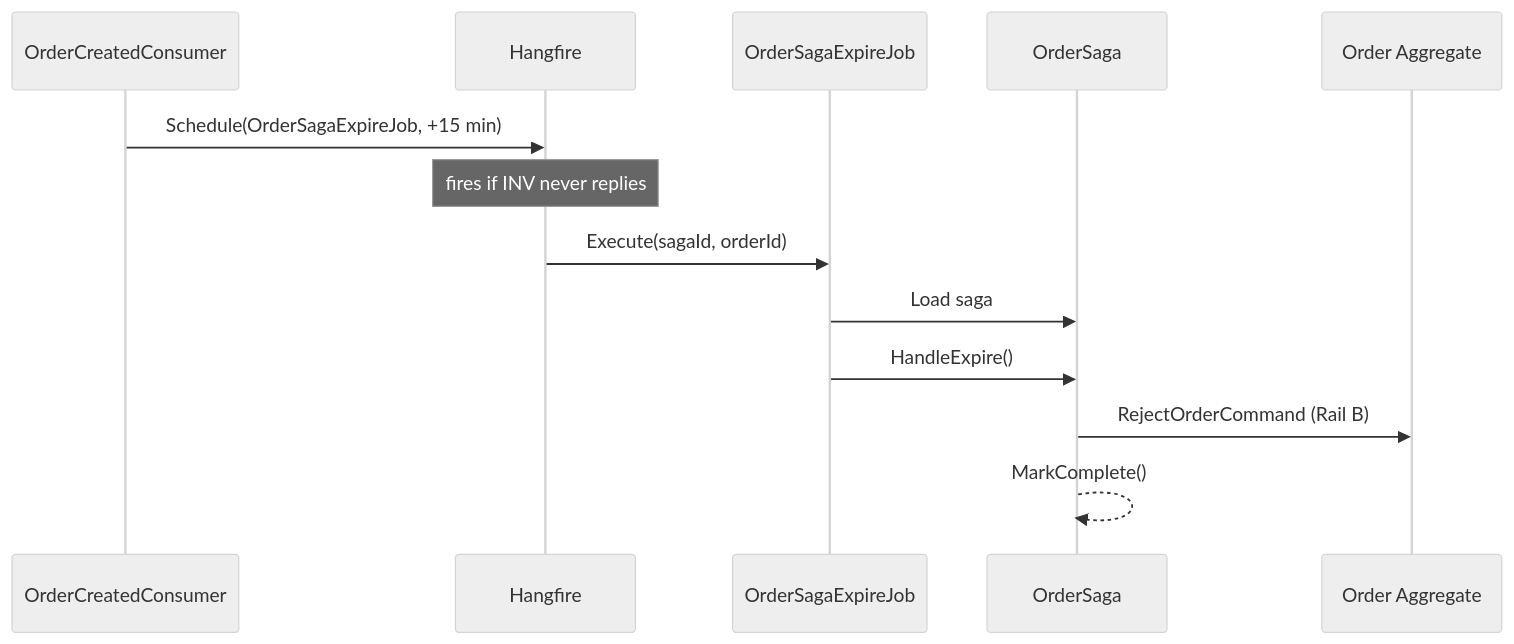
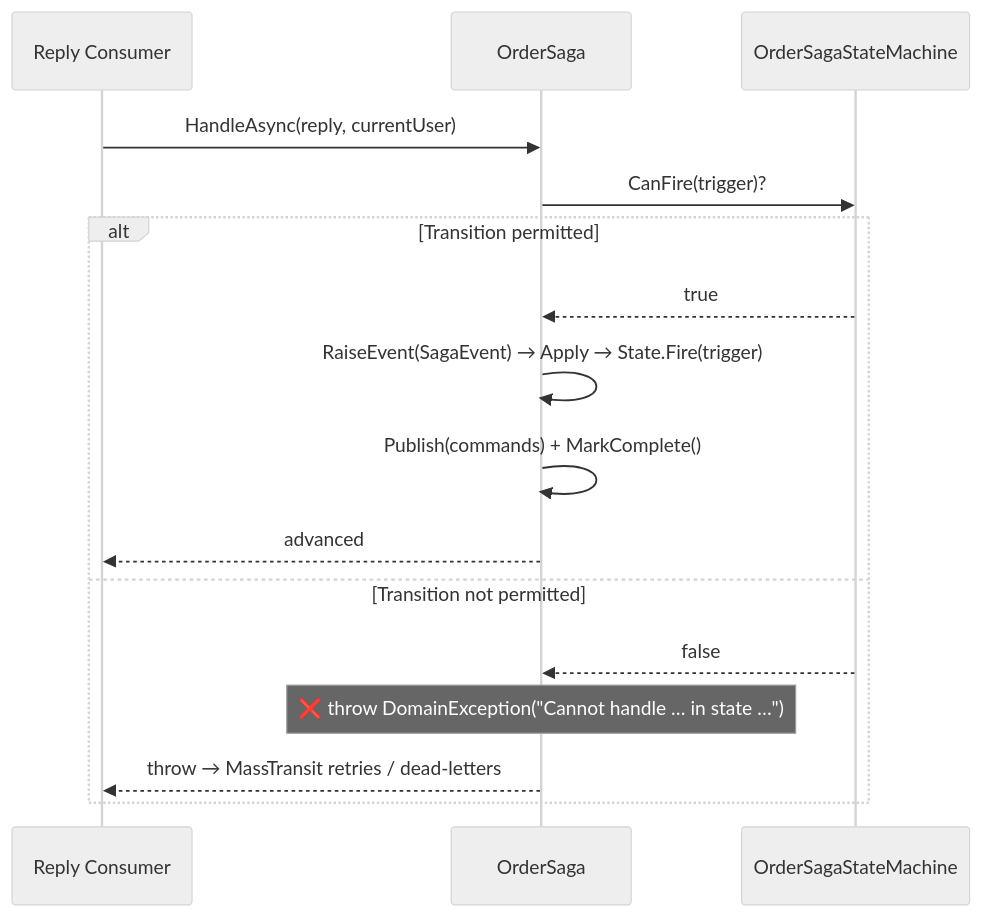
One commit to mnnam1302/EShop changed diagram 11 of 17 in Order/src/EShop.Order.API/README.md. Above: the diagram before and after it, drawn with Mermaid (neutral theme). The commit also changed other lines of this file and 105 other files, not shown here.

First line of the commit message:
[EShop-2606] Introduce Finance service + Place-Order saga payment step (#71)

````diff
--- a/Order/src/EShop.Order.API/README.md
+++ b/Order/src/EShop.Order.API/README.md
@@ -255,16 +355,20 @@
 ```mermaid
 sequenceDiagram
-    participant OCC as OrderCreatedConsumer
-    participant HF  as Hangfire
-    participant JOB as OrderSagaExpireJob
-    participant PM  as OrderSaga
-    participant OA  as Order Aggregate
+    participant Consumer as Reply Consumer
+    participant Saga as OrderSaga
+    participant SM as OrderSagaStateMachine
 
-    OCC->>HF: Schedule(OrderSagaExpireJob, +15 min)
-    Note over HF: fires if INV never replies
-    HF->>JOB: Execute(sagaId, orderId)
-    JOB->>PM: Load saga
-    JOB->>PM: HandleExpire()
-    PM->>OA: RejectOrderCommand (Rail B)
-    PM-->>PM: MarkComplete()
+    Consumer->>Saga: HandleAsync(reply, currentUser)
+    Saga->>SM: CanFire(trigger)?
+
+    alt Transition permitted
+        SM-->>Saga: true
+        Saga->>Saga: RaiseEvent(SagaEvent) → Apply → State.Fire(trigger)
+        Saga->>Saga: Publish(commands) + MarkComplete()
+        Saga-->>Consumer: advanced
+    else Transition not permitted
+        SM-->>Saga: false
+        Note over Saga: ❌ throw DomainException("Cannot handle … in state …")
+        Saga-->>Consumer: throw → MassTransit retries / dead-letters
+    end
 ```
````
